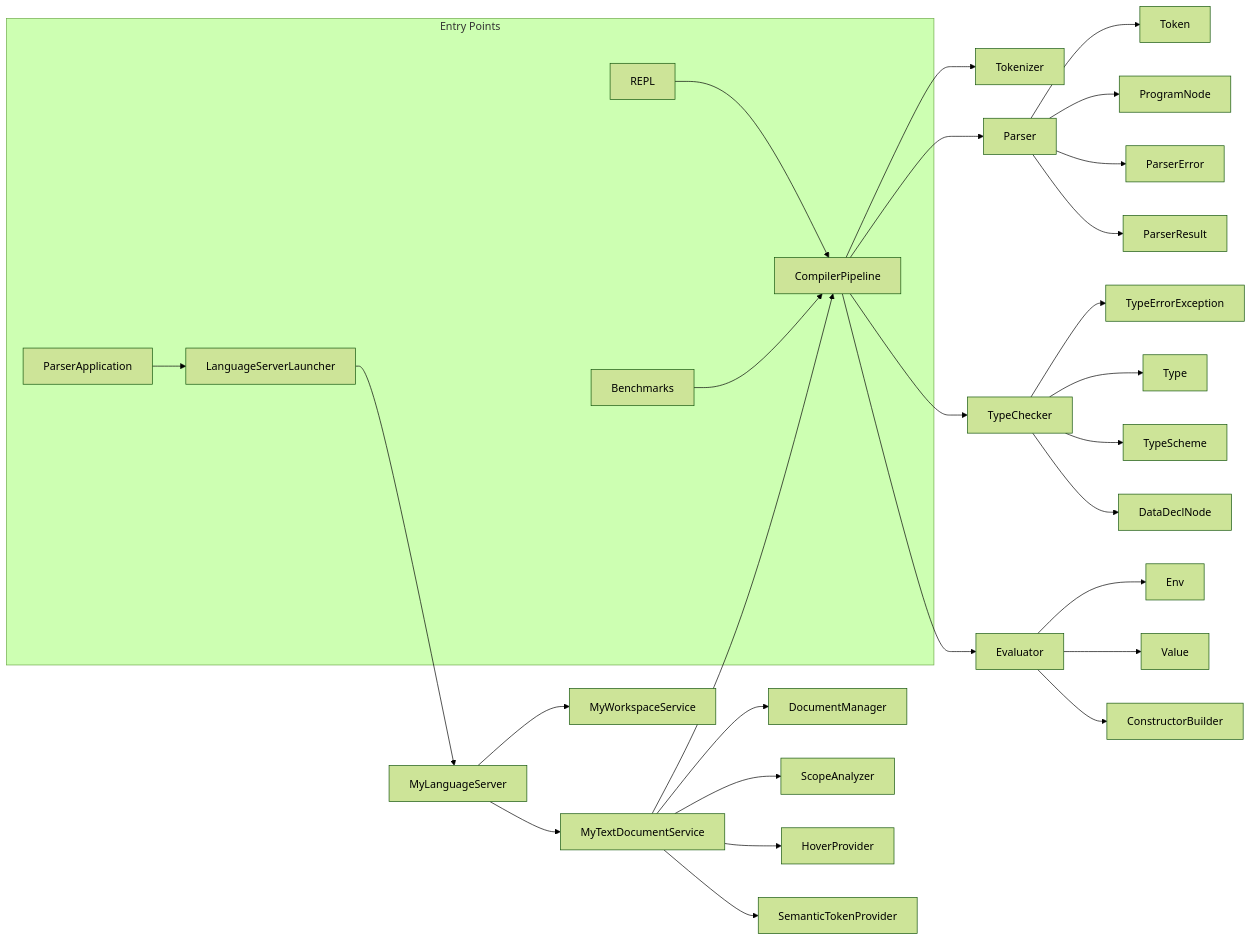
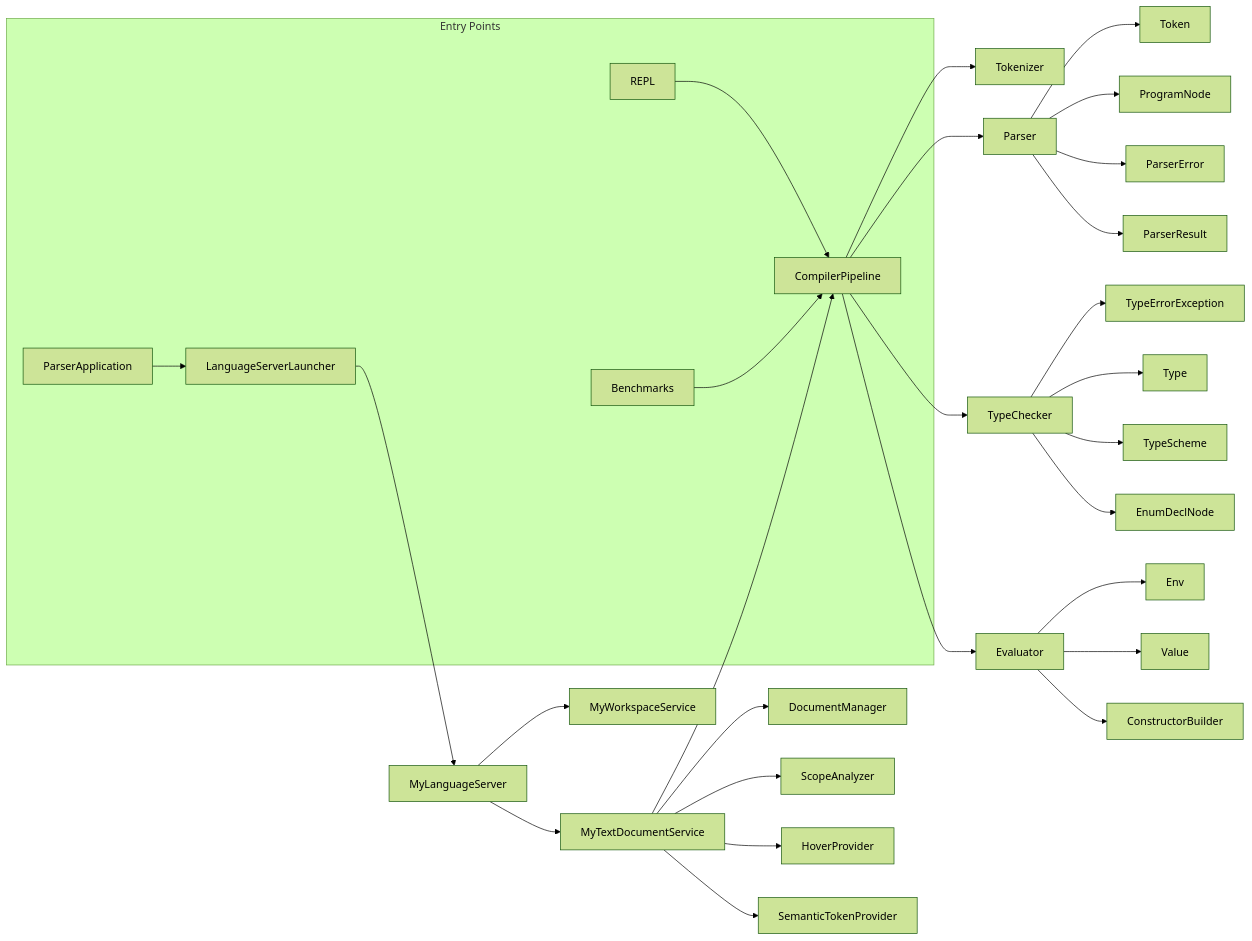
Before and after one commit to vhgevorgyan/scala-parser: the third of 3 diagrams in docs/architecture.md, drawn with Mermaid (forest theme). The commit also changed other lines of this file and 54 other files, not shown here.

````diff
--- a/docs/architecture.md
+++ b/docs/architecture.md
@@ -119,36 +123,36 @@
 ```mermaid
 flowchart LR
     subgraph MAIN["Entry Points"]
         ParserApplication --> LanguageServerLauncher
         REPL --> CompilerPipeline
         Benchmarks --> CompilerPipeline
     end
 
     LanguageServerLauncher --> MyLanguageServer
     MyLanguageServer --> MyTextDocumentService
     MyLanguageServer --> MyWorkspaceService
     MyTextDocumentService --> DocumentManager
     MyTextDocumentService --> CompilerPipeline
     MyTextDocumentService --> ScopeAnalyzer
     MyTextDocumentService --> HoverProvider
     MyTextDocumentService --> SemanticTokenProvider
 
     CompilerPipeline --> Tokenizer
     CompilerPipeline --> Parser
     CompilerPipeline --> TypeChecker
     CompilerPipeline --> Evaluator
 
     TypeChecker --> TypeErrorException
     TypeChecker --> Type
     TypeChecker --> TypeScheme
-    TypeChecker --> DataDeclNode
+    TypeChecker --> EnumDeclNode
 
     Evaluator --> Env
     Evaluator --> Value
     Evaluator --> ConstructorBuilder
 
     Parser --> Token
     Parser --> ProgramNode
     Parser --> ParserError
     Parser --> ParserResult
 ```
````
